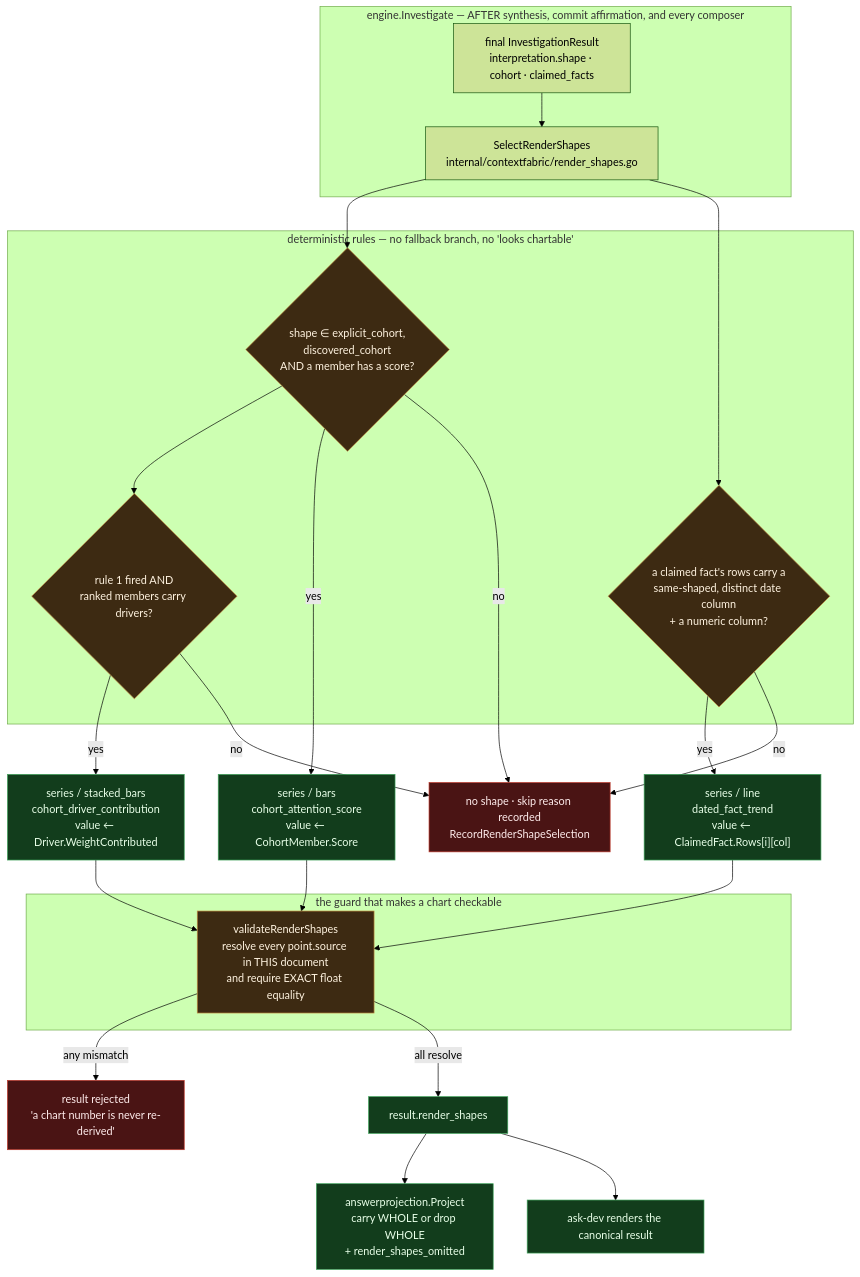
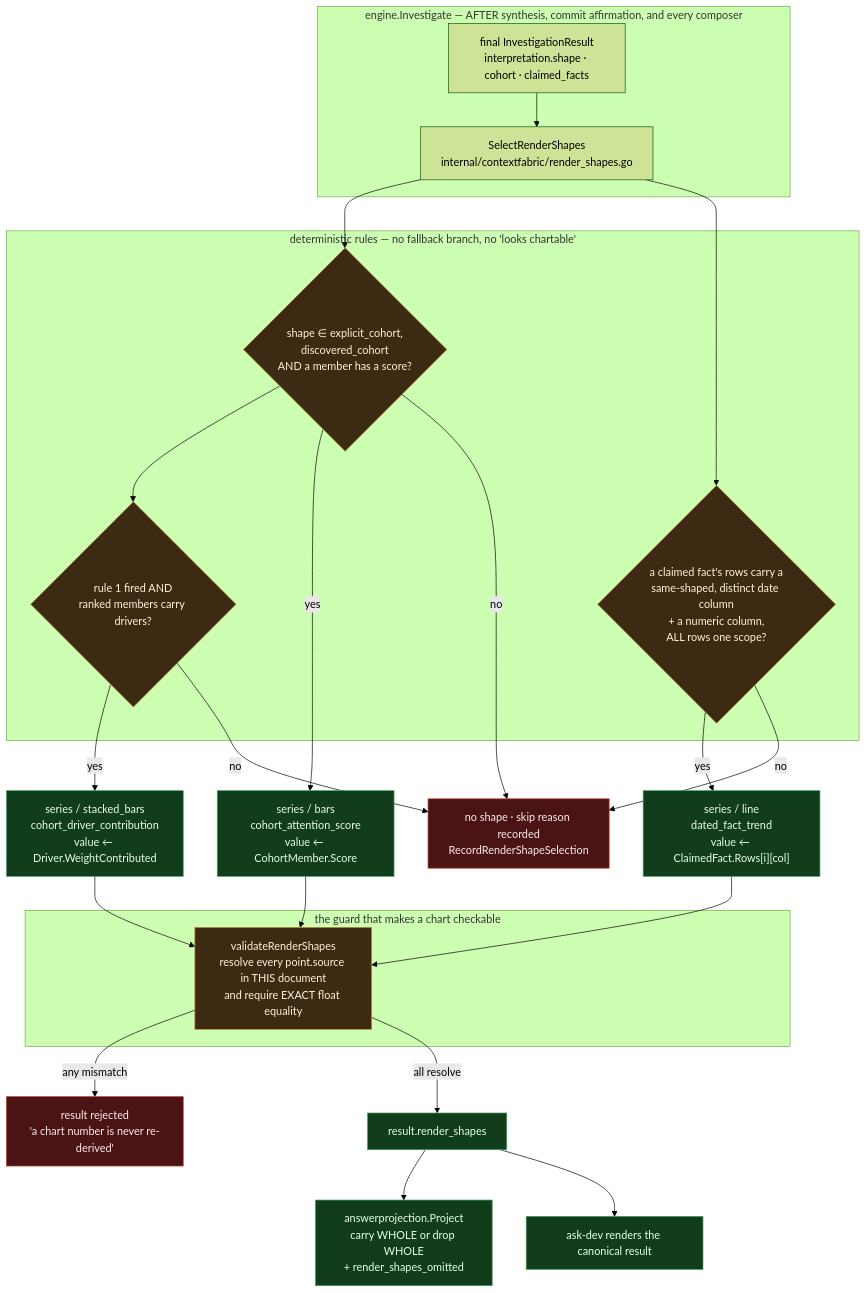
Diagram 11 of 11 in docs/design/context-fabric-architecture-diagrams.md (full-chaos/dev-health-acr), drawn with Mermaid (forest theme) before and after one commit. The commit also changed 3 other files, not shown here.

````diff
--- a/docs/design/context-fabric-architecture-diagrams.md
+++ b/docs/design/context-fabric-architecture-diagrams.md
@@ -1125,45 +1125,45 @@
 ```mermaid
 flowchart TD
     subgraph engine["engine.Investigate — AFTER synthesis, commit affirmation, and every composer"]
         RES["final InvestigationResult<br/>interpretation.shape · cohort · claimed_facts"]
         SEL["SelectRenderShapes<br/>internal/contextfabric/render_shapes.go"]
         RES --> SEL
     end
 
     subgraph rules["deterministic rules — no fallback branch, no 'looks chartable'"]
         R1{"shape ∈ explicit_cohort,<br/>discovered_cohort<br/>AND a member has a score?"}
         R2{"rule 1 fired AND<br/>ranked members carry drivers?"}
-        R3{"a claimed fact's rows carry a<br/>same-shaped, distinct date column<br/>+ a numeric column?"}
+        R3{"a claimed fact's rows carry a<br/>same-shaped, distinct date column<br/>+ a numeric column,<br/>ALL rows one scope?"}
     end
     SEL --> R1 --> R2
     SEL --> R3
 
     S1["series / bars<br/>cohort_attention_score<br/>value ← CohortMember.Score"]
     S2["series / stacked_bars<br/>cohort_driver_contribution<br/>value ← Driver.WeightContributed"]
     S3["series / line<br/>dated_fact_trend<br/>value ← ClaimedFact.Rows[i][col]"]
     R1 -->|yes| S1
     R2 -->|yes| S2
     R3 -->|yes| S3
     R1 -->|no| SKIP["no shape · skip reason recorded<br/>RecordRenderShapeSelection"]
     R2 -->|no| SKIP
     R3 -->|no| SKIP
 
     subgraph guard["the guard that makes a chart checkable"]
         VAL["validateRenderShapes<br/>resolve every point.source in THIS document<br/>and require EXACT float equality"]
     end
     S1 --> VAL
     S2 --> VAL
     S3 --> VAL
     VAL -->|any mismatch| REJ["result rejected<br/>'a chart number is never re-derived'"]
     VAL -->|all resolve| OUT["result.render_shapes"]
 
     OUT --> PROJ["answerprojection.Project<br/>carry WHOLE or drop WHOLE<br/>+ render_shapes_omitted"]
     OUT --> ASKDEV["ask-dev renders the canonical result"]
 
     classDef fixed fill:#123d1c,stroke:#3fa45b,color:#e8ffe8
     classDef gate fill:#3d2a12,stroke:#c08a3e,color:#fff3e0
     classDef bad fill:#4a1414,stroke:#c0392b,color:#ffecec
     class S1,S2,S3,OUT,PROJ,ASKDEV fixed
     class R1,R2,R3,VAL gate
     class REJ,SKIP bad
 ```
````
